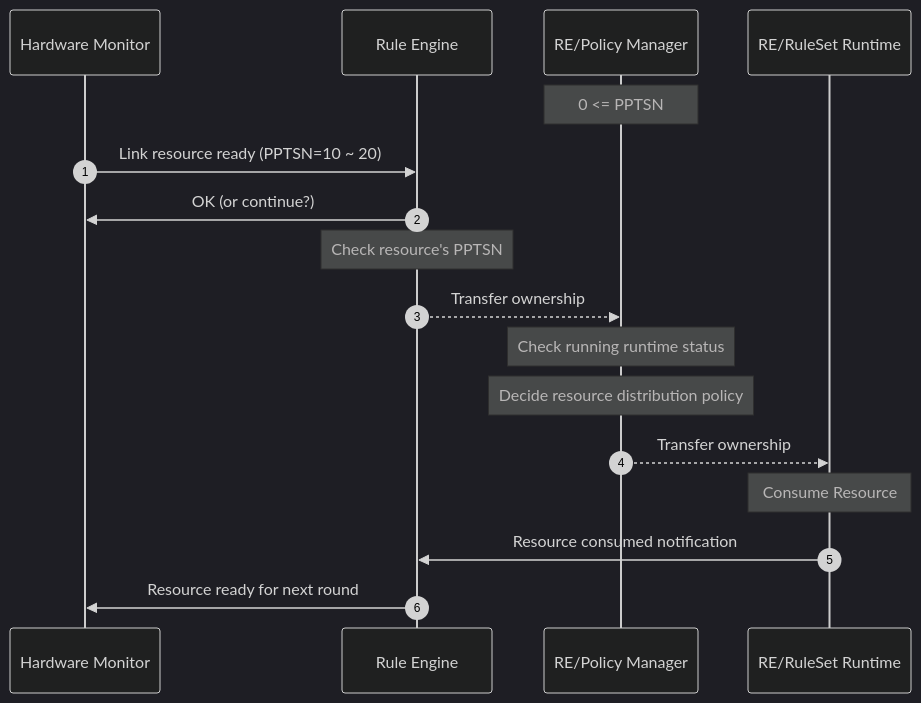
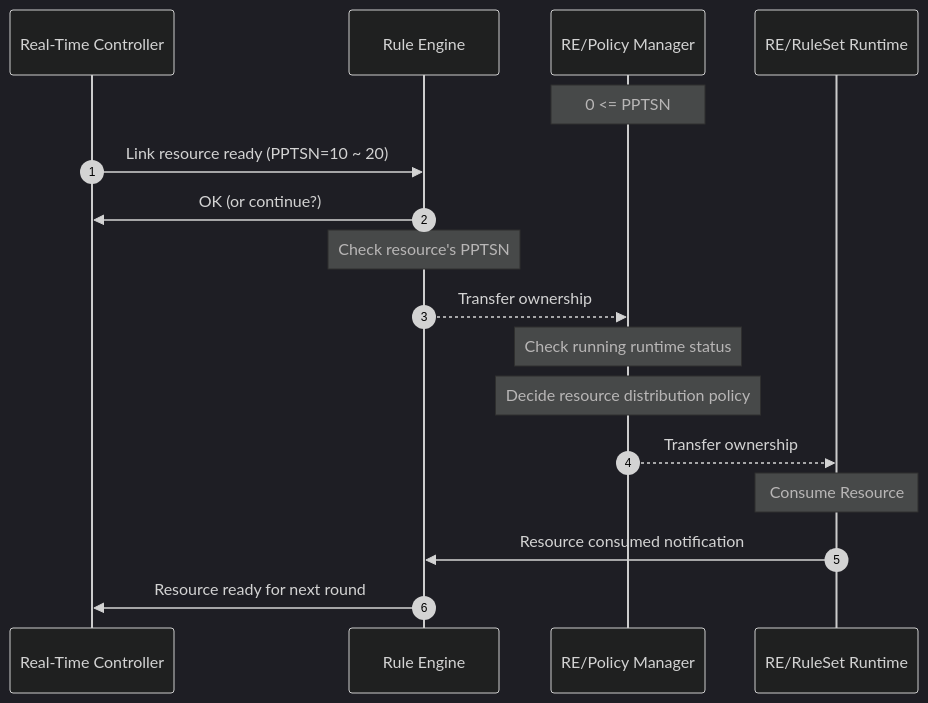
The third of 6 diagrams in rule_engine/README.md (sfc-aqua/qrsa), drawn with Mermaid (dark theme) before and after one commit. The commit also changed other lines of this file and 5 other files, not shown here.

Commit message:
updated diagrams

````diff
--- a/rule_engine/README.md
+++ b/rule_engine/README.md
@@ -71,19 +78,19 @@
 ```mermaid
 sequenceDiagram
 autonumber
-participant hm as Hardware Monitor
+participant rtc as Real-Time Controller
 participant re as Rule Engine
 participant rep as RE/Policy Manager
 participant rsr as RE/RuleSet Runtime
 Note over rep: 0 <= PPTSN
-hm ->> re: Link resource ready (PPTSN=10 ~ 20)
-re ->> hm: OK (or continue?)
+rtc ->> re: Link resource ready (PPTSN=10 ~ 20)
+re ->> rtc: OK (or continue?)
 Note over re: Check resource's PPTSN
 re -->> rep: Transfer ownership
 Note over rep: Check running runtime status
 Note over rep: Decide resource distribution policy
 rep -->> rsr: Transfer ownership
 Note over rsr: Consume Resource
 rsr ->> re: Resource consumed notification
-re ->> hm: Resource ready for next round
+re ->> rtc: Resource ready for next round
 ```
````
